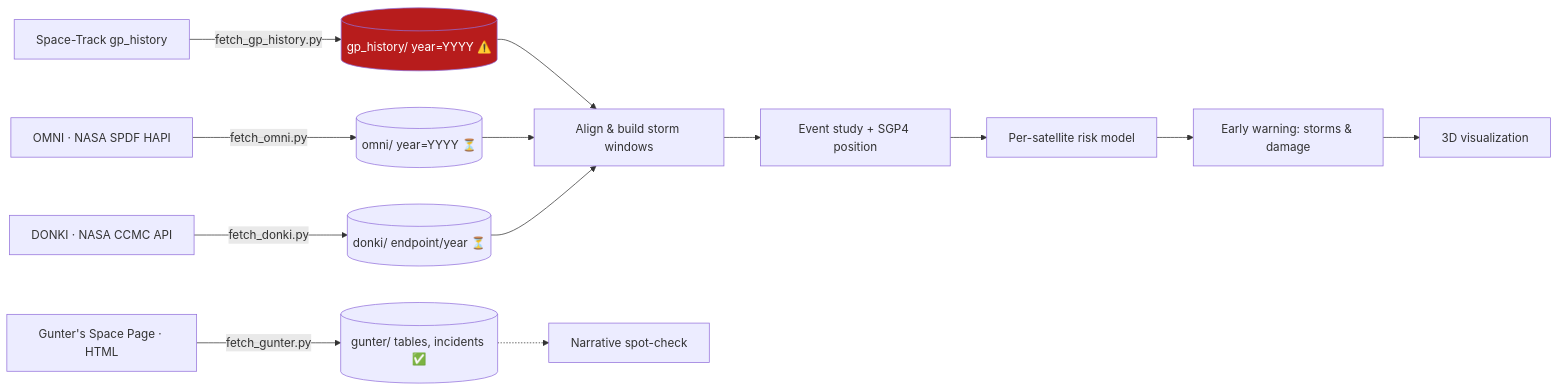
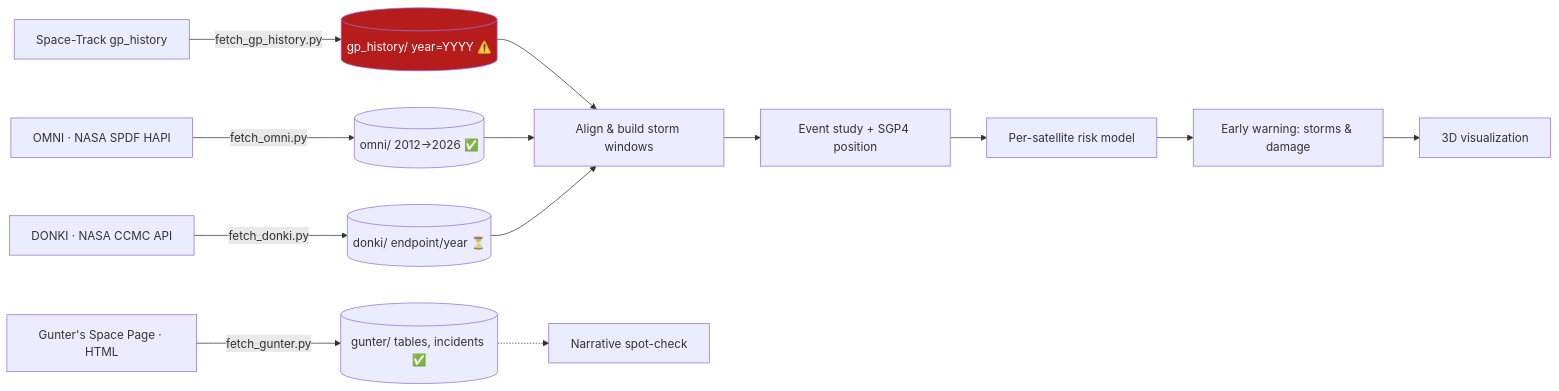
Before and after one commit to pxtroniwnl/cme-sentinel: the diagram in README.md, drawn with Mermaid. The commit also changed other lines of this file and 4 other files, not shown here.

````diff
--- a/README.md
+++ b/README.md
@@ -83,14 +83,14 @@
 ```mermaid
 flowchart LR
     A[Space-Track gp_history] -->|fetch_gp_history.py| P1[(gp_history/ year=YYYY ⚠️)]
-    C[OMNI · NASA SPDF HAPI] -->|fetch_omni.py| P2[(omni/ year=YYYY ⏳)]
+    C[OMNI · NASA SPDF HAPI] -->|fetch_omni.py| P2[(omni/ 2012→2026 ✅)]
     E[DONKI · NASA CCMC API] -->|fetch_donki.py| P3[(donki/ endpoint/year ⏳)]
     G[Gunter's Space Page · HTML] -->|fetch_gunter.py| P4[(gunter/ tables, incidents ✅)]
     P1 & P2 & P3 --> I[Align & build storm windows]
     I --> J[Event study + SGP4 position]
     J --> K[Per-satellite risk model]
     K --> L[Early warning: storms & damage]
     L --> M[3D visualization]
     P4 -.-> N[Narrative spot-check]
     style P1 fill:#b71c1c,color:#fff
 ```
````
